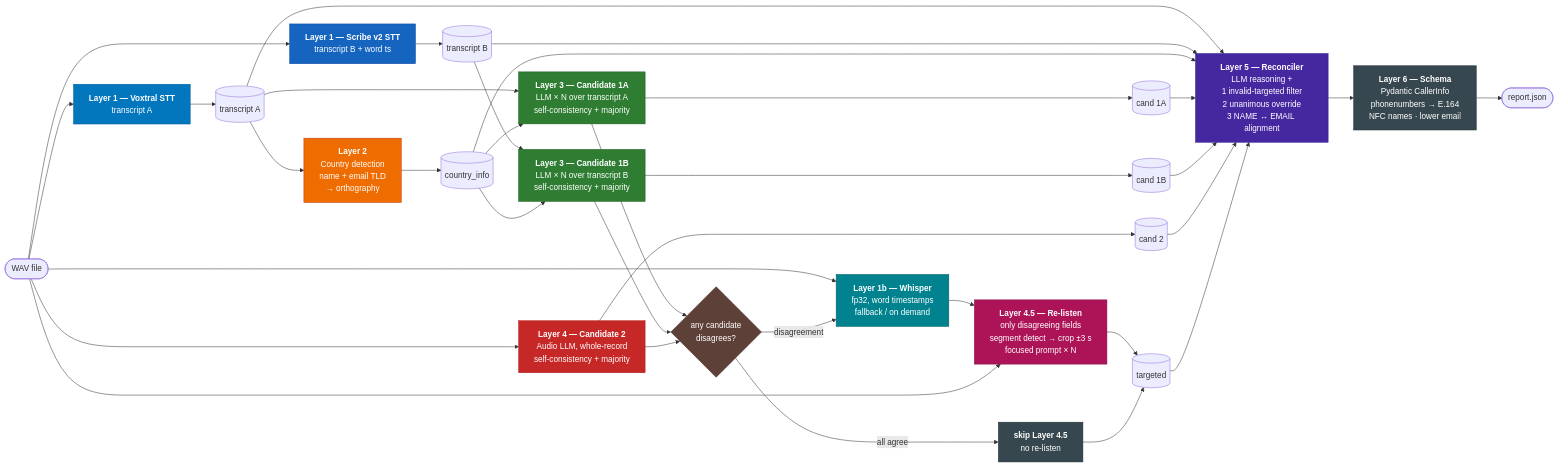
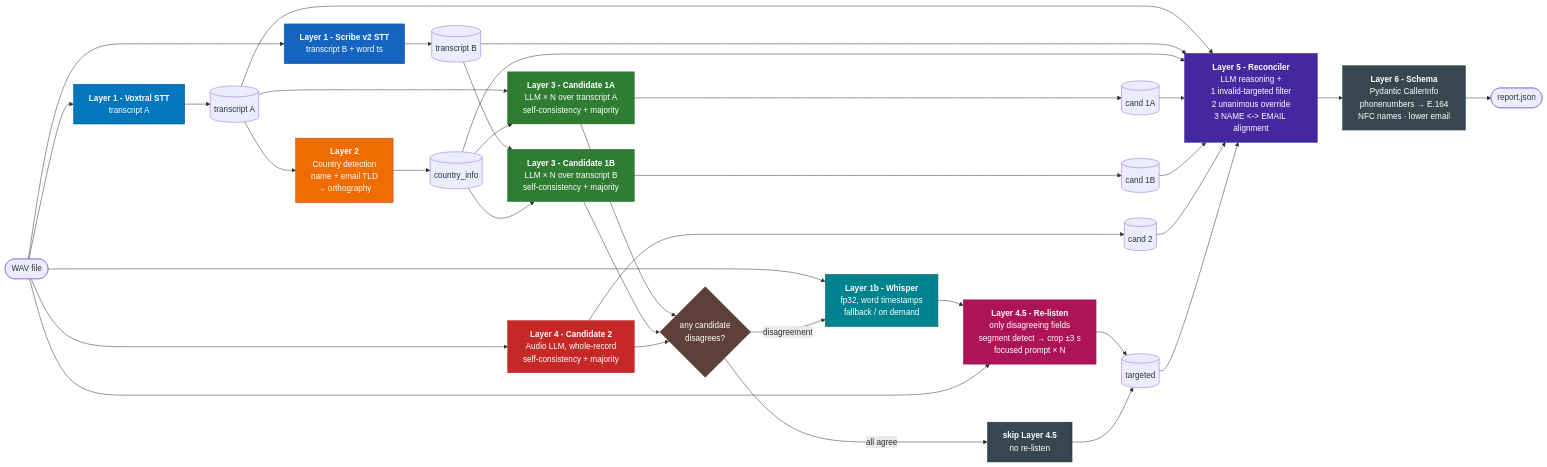
One commit to melih-unsal/phone_challange changed the first of 8 diagrams in PIPELINE.md. Above: the diagram before and after it, drawn with Mermaid. The commit also changed other lines of this file and 18 other files, not shown here.

````diff
--- a/PIPELINE.md
+++ b/PIPELINE.md
@@ -9,69 +9,69 @@
 ```mermaid
 flowchart LR
-    A([WAV file]) --> L1A[<b>Layer 1 — Voxtral STT</b><br/>transcript A]
-    A --> L1B[<b>Layer 1 — Scribe v2 STT</b><br/>transcript B + word ts]
-    A --> L1C[<b>Layer 1b — Whisper</b><br/>fp32, word timestamps<br/>fallback / on demand]
+    A([WAV file]) --> L1A[<b>Layer 1 - Voxtral STT</b><br/>transcript A]
+    A --> L1B[<b>Layer 1 - Scribe v2 STT</b><br/>transcript B + word ts]
+    A --> L1C[<b>Layer 1b - Whisper</b><br/>fp32, word timestamps<br/>fallback / on demand]
 
     L1A --> TA[(transcript A)]
     L1B --> TB[(transcript B)]
 
     TA --> L2[<b>Layer 2</b><br/>Country detection<br/>name + email TLD<br/>→ orthography]
     L2 --> CI[(country_info)]
 
     TA --> L3A
     TB --> L3B
-    CI --> L3A[<b>Layer 3 — Candidate 1A</b><br/>LLM × N over transcript A<br/>self-consistency + majority]
-    CI --> L3B[<b>Layer 3 — Candidate 1B</b><br/>LLM × N over transcript B<br/>self-consistency + majority]
+    CI --> L3A[<b>Layer 3 - Candidate 1A</b><br/>LLM × N over transcript A<br/>self-consistency + majority]
+    CI --> L3B[<b>Layer 3 - Candidate 1B</b><br/>LLM × N over transcript B<br/>self-consistency + majority]
 
-    A  --> L4[<b>Layer 4 — Candidate 2</b><br/>Audio LLM, whole-record<br/>self-consistency + majority]
+    A  --> L4[<b>Layer 4 - Candidate 2</b><br/>Audio LLM, whole-record<br/>self-consistency + majority]
 
     L3A --> AMB{any candidate<br/>disagrees?}
     L3B --> AMB
     L4  --> AMB
     AMB -- all agree --> SKIP[<b>skip Layer 4.5</b><br/>no re-listen]
     AMB -- disagreement --> L1C
     L1C --> L45
     A   --> L45
-    L45[<b>Layer 4.5 — Re-listen</b><br/>only disagreeing fields<br/>segment detect → crop ±3 s<br/>focused prompt × N]
+    L45[<b>Layer 4.5 - Re-listen</b><br/>only disagreeing fields<br/>segment detect → crop ±3 s<br/>focused prompt × N]
 
     L3A --> C1A[(cand 1A)]
     L3B --> C1B[(cand 1B)]
     L4  --> C2[(cand 2)]
     L45 --> CT[(targeted)]
     SKIP --> CT
 
     TA  --> L5
     TB  --> L5
     CI  --> L5
     C1A --> L5
     C1B --> L5
     C2  --> L5
     CT  --> L5
-    L5[<b>Layer 5 — Reconciler</b><br/>LLM reasoning +<br/>1 invalid-targeted filter<br/>2 unanimous override<br/>3 NAME ↔ EMAIL alignment] --> L6[<b>Layer 6 — Schema</b><br/>Pydantic CallerInfo<br/>phonenumbers → E.164<br/>NFC names · lower email]
+    L5[<b>Layer 5 - Reconciler</b><br/>LLM reasoning +<br/>1 invalid-targeted filter<br/>2 unanimous override<br/>3 NAME <-> EMAIL alignment] --> L6[<b>Layer 6 - Schema</b><br/>Pydantic CallerInfo<br/>phonenumbers → E.164<br/>NFC names · lower email]
     L6 --> O([report.json])
 
     classDef voxtral  fill:#0277bd,stroke:#01579b,color:#ffffff
     classDef scribe   fill:#1565c0,stroke:#0d47a1,color:#ffffff
     classDef whisper  fill:#00838f,stroke:#006064,color:#ffffff
     classDef country  fill:#ef6c00,stroke:#bf360c,color:#ffffff
     classDef cand1    fill:#2e7d32,stroke:#1b5e20,color:#ffffff
     classDef cand2    fill:#c62828,stroke:#b71c1c,color:#ffffff
     classDef target   fill:#ad1457,stroke:#880e4f,color:#ffffff
     classDef recon    fill:#4527a0,stroke:#311b92,color:#ffffff
     classDef schema   fill:#37474f,stroke:#263238,color:#ffffff
     classDef gate     fill:#5d4037,stroke:#3e2723,color:#ffffff
     classDef neutral  fill:#37474f,stroke:#263238,color:#ffffff
 
     class L1A voxtral
     class L1B scribe
     class L1C whisper
     class L2 country
     class L3A cand1
     class L3B cand1
     class L4 cand2
     class L45 target
     class AMB gate
     class SKIP neutral
     class L5 recon
     class L6 schema
 ```
````
